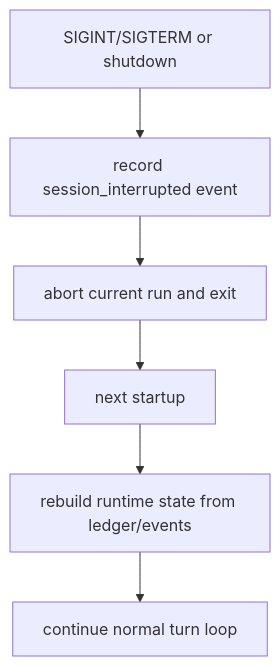
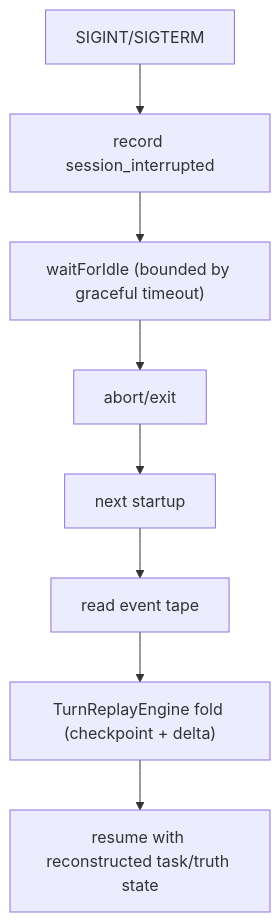
One commit to arcthur/brewva changed the fourth of 5 diagrams in docs/architecture/control-and-data-flow.md. Above: the diagram before and after it, drawn with Mermaid. The commit also changed other lines of this file and 15 other files, not shown here.

````diff
--- a/docs/architecture/control-and-data-flow.md
+++ b/docs/architecture/control-and-data-flow.md
@@ -42,8 +61,10 @@
 ```mermaid
 flowchart TD
-  A["SIGINT/SIGTERM or shutdown"] --> B["record session_interrupted event"]
-  B --> C["abort current run and exit"]
-  C --> D["next startup"]
-  D --> E["rebuild runtime state from ledger/events"]
-  E --> F["continue normal turn loop"]
+  A["SIGINT/SIGTERM"] --> B["record session_interrupted"]
+  B --> C["waitForIdle (bounded by graceful timeout)"]
+  C --> D["abort/exit"]
+  D --> E["next startup"]
+  E --> F["read event tape"]
+  F --> G["TurnReplayEngine fold (checkpoint + delta)"]
+  G --> H["resume with reconstructed task/truth state"]
 ```
````
